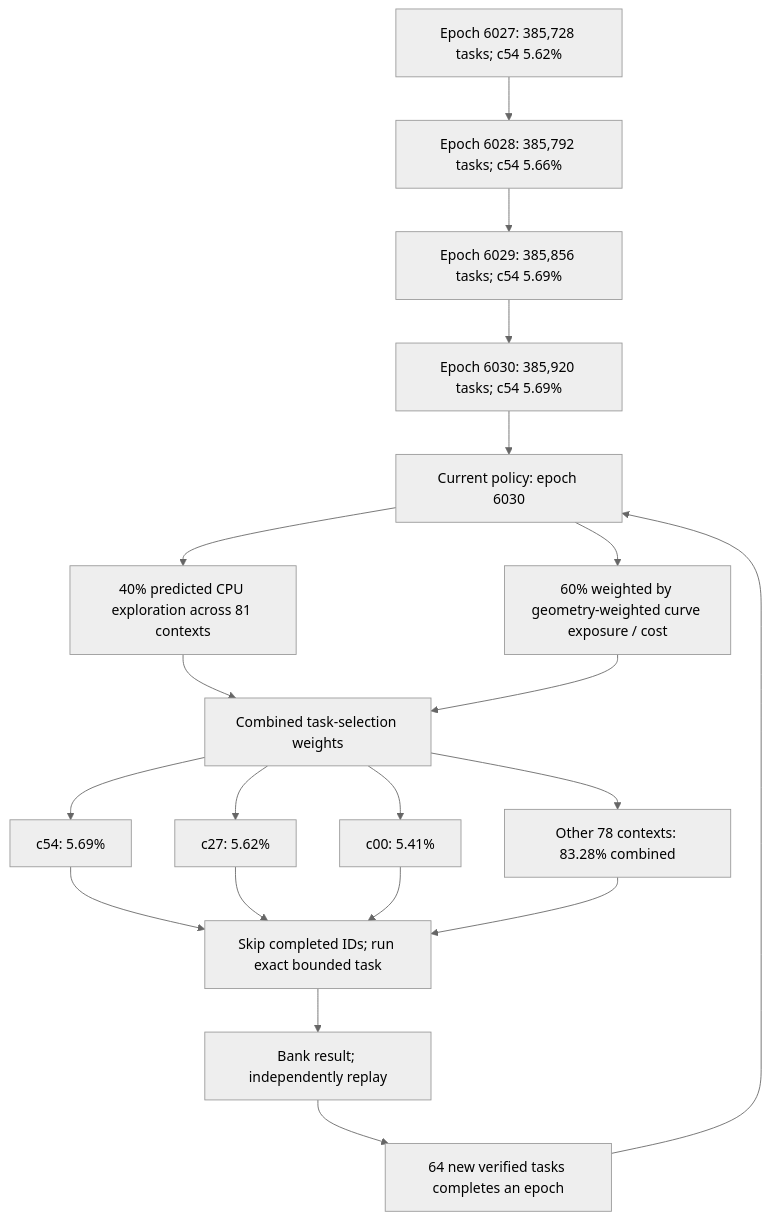
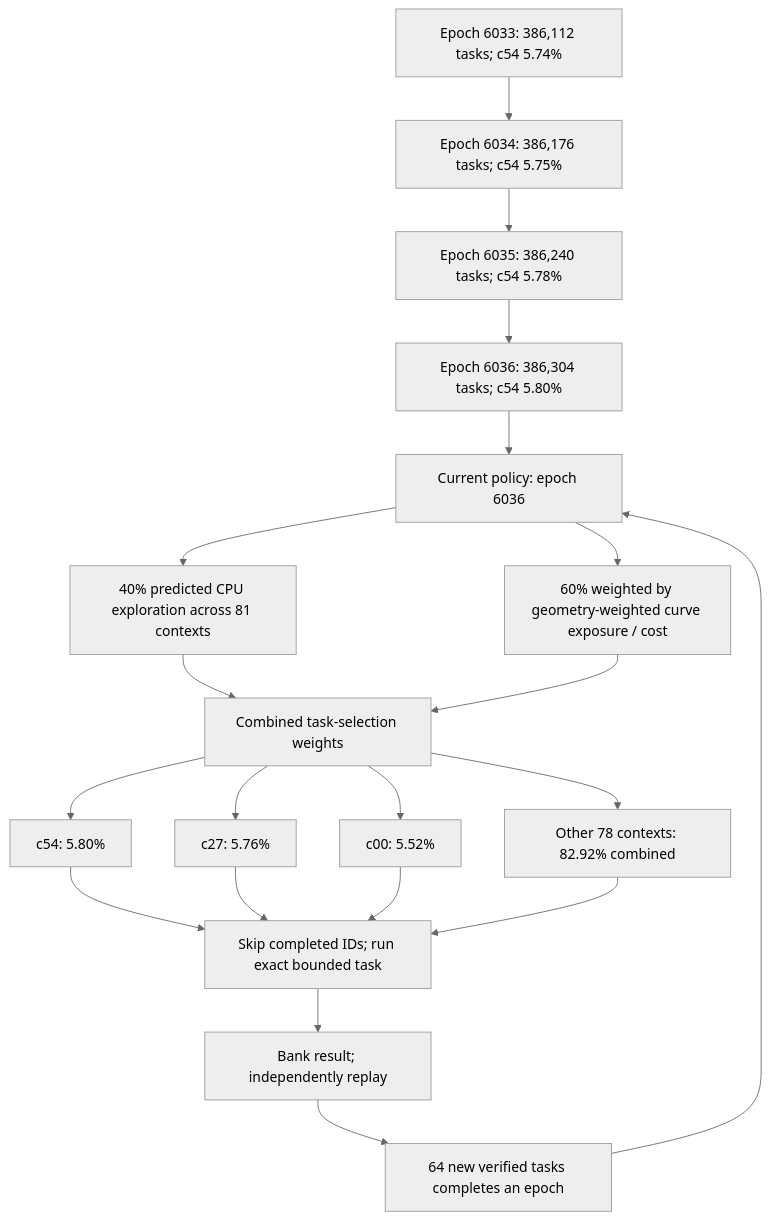
Before and after one commit to Kuberwastaken/math-gambling: the first of 4 diagrams in README.md, drawn with Mermaid (neutral theme). The commit also changed other lines of this file and 1384 other files, not shown here.

````diff
--- a/README.md
+++ b/README.md
@@ -60,27 +60,27 @@
 ```mermaid
 flowchart TD
-    H0["Epoch 6027: 385,728 tasks; c54 5.62%"]
-    H1["Epoch 6028: 385,792 tasks; c54 5.66%"]
+    H0["Epoch 6033: 386,112 tasks; c54 5.74%"]
+    H1["Epoch 6034: 386,176 tasks; c54 5.75%"]
     H0 --> H1
-    H2["Epoch 6029: 385,856 tasks; c54 5.69%"]
+    H2["Epoch 6035: 386,240 tasks; c54 5.78%"]
     H1 --> H2
-    H3["Epoch 6030: 385,920 tasks; c54 5.69%"]
+    H3["Epoch 6036: 386,304 tasks; c54 5.80%"]
     H2 --> H3
-    Policy["Current policy: epoch 6030"]
+    Policy["Current policy: epoch 6036"]
     H3 --> Policy
     Policy --> Explore["40% predicted CPU exploration across 81 contexts"]
     Policy --> Cost["60% weighted by geometry-weighted curve exposure / cost"]
     Explore --> Mix["Combined task-selection weights"]
     Cost --> Mix
-    Mix --> C0["c54: 5.69%"]
-    Mix --> C1["c27: 5.62%"]
-    Mix --> C2["c00: 5.41%"]
-    Mix --> Rest["Other 78 contexts: 83.28% combined"]
+    Mix --> C0["c54: 5.80%"]
+    Mix --> C1["c27: 5.76%"]
+    Mix --> C2["c00: 5.52%"]
+    Mix --> Rest["Other 78 contexts: 82.92% combined"]
     C0 --> Check["Skip completed IDs; run exact bounded task"]
     C1 --> Check
     C2 --> Check
     Rest --> Check
     Check --> Replay["Bank result; independently replay"]
     Replay --> Gate["64 new verified tasks completes an epoch"]
     Gate --> Policy
 ```
````
